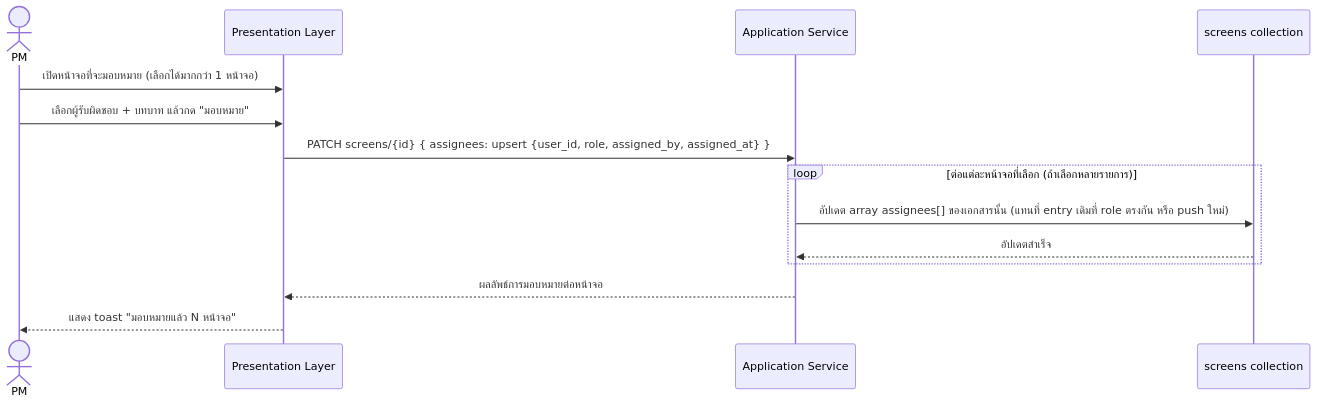
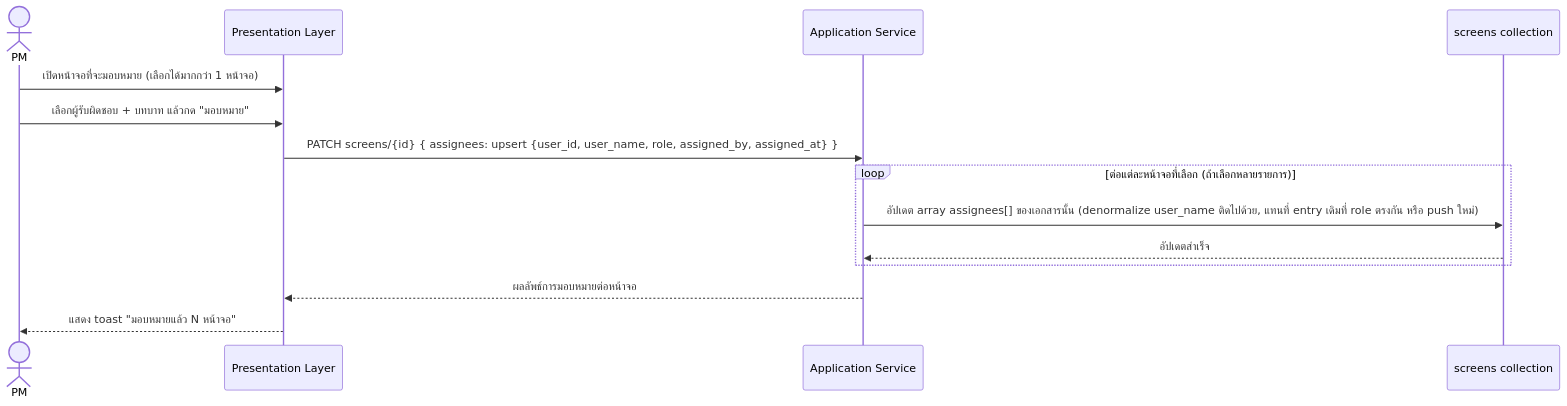
Before and after one commit to Samind-Samind/projexa: the third of 4 diagrams in docs/02-design/02-technical/screen-tracking-nosql-module-sequence.md, drawn with Mermaid. The commit also changed other lines of this file and 5 other files, not shown here.

First line of the commit message:
Add denormalized user_name to assignees[] in Screen Tracking NoSQL scope

````diff
--- a/docs/02-design/02-technical/screen-tracking-nosql-module-sequence.md
+++ b/docs/02-design/02-technical/screen-tracking-nosql-module-sequence.md
@@ -110,19 +110,19 @@
 ```mermaid
 sequenceDiagram
     actor PM
     participant UI as Presentation Layer
     participant Svc as Application Service
     participant DB as screens collection
 
     PM->>UI: เปิดหน้าจอที่จะมอบหมาย (เลือกได้มากกว่า 1 หน้าจอ)
     PM->>UI: เลือกผู้รับผิดชอบ + บทบาท แล้วกด "มอบหมาย"
-    UI->>Svc: PATCH screens/{id} { assignees: upsert {user_id, role, assigned_by, assigned_at} }
+    UI->>Svc: PATCH screens/{id} { assignees: upsert {user_id, user_name, role, assigned_by, assigned_at} }
 
     loop ต่อแต่ละหน้าจอที่เลือก (ถ้าเลือกหลายรายการ)
-        Svc->>DB: อัปเดต array assignees[] ของเอกสารนั้น (แทนที่ entry เดิมที่ role ตรงกัน หรือ push ใหม่)
+        Svc->>DB: อัปเดต array assignees[] ของเอกสารนั้น (denormalize user_name ติดไปด้วย, แทนที่ entry เดิมที่ role ตรงกัน หรือ push ใหม่)
         DB-->>Svc: อัปเดตสำเร็จ
     end
 
     Svc-->>UI: ผลลัพธ์การมอบหมายต่อหน้าจอ
     UI-->>PM: แสดง toast "มอบหมายแล้ว N หน้าจอ"
 ```
````
